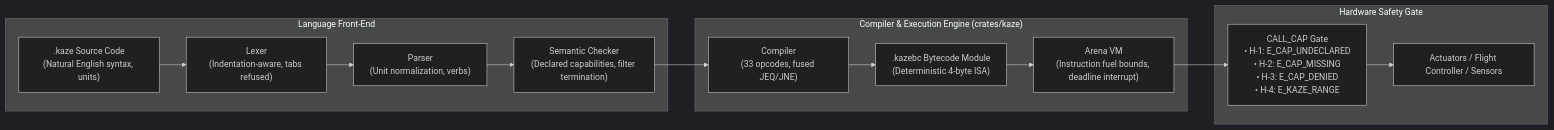
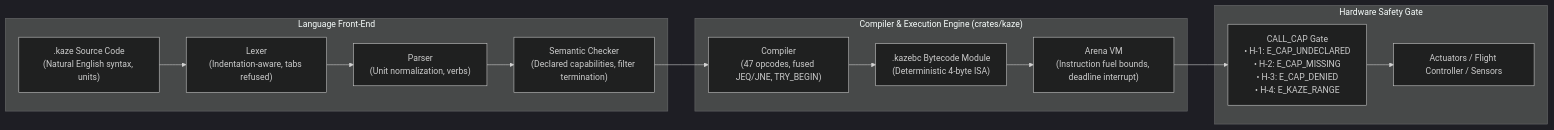
Before and after one commit to sofuu-runtime/kaze: the diagram in README.md, drawn with Mermaid (dark theme). The commit also changed other lines of this file and 23 other files, not shown here.

````diff
--- a/README.md
+++ b/README.md
@@ -54,23 +54,23 @@
 ```mermaid
 flowchart LR
     subgraph Frontend["Language Front-End"]
         SRC[".kaze Source Code<br/>(Natural English syntax, units)"]
         LEX["Lexer<br/>(Indentation-aware, tabs refused)"]
         PARSE["Parser<br/>(Unit normalization, verbs)"]
         CHECK["Semantic Checker<br/>(Declared capabilities, filter termination)"]
     end
 
     subgraph CompilerVM["Compiler & Execution Engine (crates/kaze)"]
-        COMP["Compiler<br/>(33 opcodes, fused JEQ/JNE)"]
+        COMP["Compiler<br/>(47 opcodes, fused JEQ/JNE, TRY_BEGIN)"]
         BC[".kazebc Bytecode Module<br/>(Deterministic 4-byte ISA)"]
         VM["Arena VM<br/>(Instruction fuel bounds, deadline interrupt)"]
     end
 
     subgraph SafetyGate["Hardware Safety Gate"]
         GATE_CAP["CALL_CAP Gate<br/>• H-1: E_CAP_UNDECLARED<br/>• H-2: E_CAP_MISSING<br/>• H-3: E_CAP_DENIED<br/>• H-4: E_KAZE_RANGE"]
         ACT["Actuators / Flight Controller / Sensors"]
     end
 
     SRC --> LEX --> PARSE --> CHECK --> COMP --> BC --> VM
     VM --> GATE_CAP --> ACT
 ```
````
